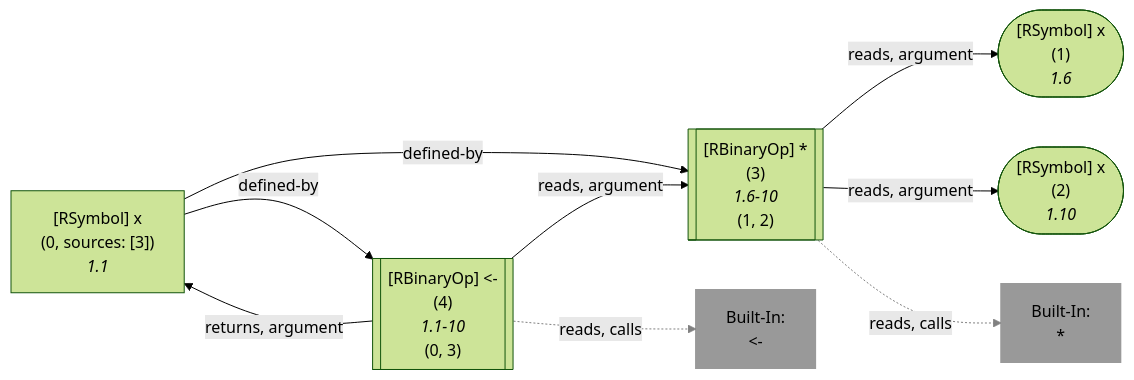
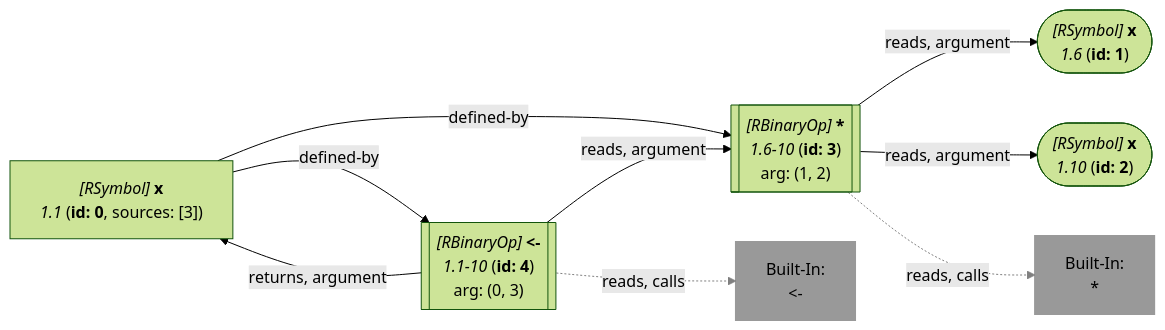
One commit to flowr-analysis/flowr changed the second of 4 diagrams in wiki/Search API.md. Above: the diagram before and after it, drawn with Mermaid (forest theme). The commit also changed other lines of this file and 87 other files, not shown here.

````diff
--- a/wiki/Search API.md
+++ b/wiki/Search API.md
@@ -72,38 +72,33 @@
 ```mermaid
 flowchart LR
-    1(["`#91;RSymbol#93; x
-      (1)
-      *1.6*`"])
+    1(["`*#91;RSymbol#93;* **x**
+      *1.6* (**id: 1**)`"])
    %% No edges found for 1
-    2(["`#91;RSymbol#93; x
-      (2)
-      *1.10*`"])
+    2(["`*#91;RSymbol#93;* **x**
+      *1.10* (**id: 2**)`"])
    %% No edges found for 2
-    3[["`#91;RBinaryOp#93; #42;
-      (3)
-      *1.6-10*
-    (1, 2)`"]]
+    3[["`*#91;RBinaryOp#93;* **#42;**
+      *1.6-10* (**id: 3**)
+    arg: (1, 2)`"]]
     built-in:_["`Built-In:
 #42;`"]
     style built-in:_ stroke:gray,fill:gray,stroke-width:2px,opacity:.8;
-    0["`#91;RSymbol#93; x
-      (0, sources: [3])
-      *1.1*`"]
-    4[["`#91;RBinaryOp#93; #60;#45;
-      (4)
-      *1.1-10*
-    (0, 3)`"]]
+    0["`*#91;RSymbol#93;* **x**
+      *1.1* (**id: 0**, sources: [3])`"]
+    4[["`*#91;RBinaryOp#93;* **#60;#45;**
+      *1.1-10* (**id: 4**)
+    arg: (0, 3)`"]]
     built-in:_-["`Built-In:
 #60;#45;`"]
     style built-in:_- stroke:gray,fill:gray,stroke-width:2px,opacity:.8;
     3 -->|"reads, argument"| 1
     3 -->|"reads, argument"| 2
     3 -.->|"reads, calls"| built-in:_
     linkStyle 2 stroke:gray;
     0 -->|"defined-by"| 3
     0 -->|"defined-by"| 4
     4 -->|"reads, argument"| 3
     4 -->|"returns, argument"| 0
     4 -.->|"reads, calls"| built-in:_-
     linkStyle 7 stroke:gray;
 ```
````
